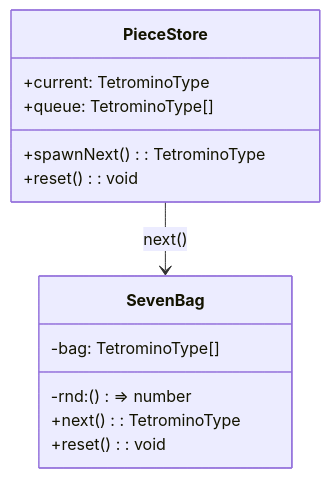
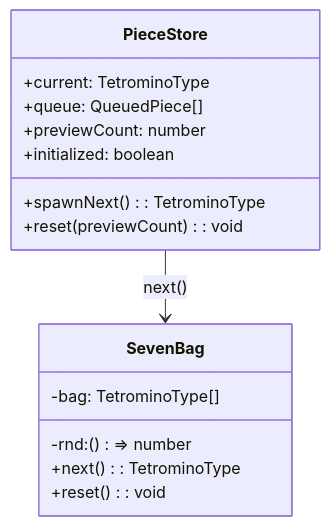
One commit to garchomp-game/tetris-create-test-codex_gpt5 changed the second of 5 diagrams in docs/design.md. Above: the diagram before and after it, drawn with Mermaid. The commit also changed other lines of this file and 3 other files, not shown here.

Commit message:
docs: clarify piece store design

````diff
--- a/docs/design.md
+++ b/docs/design.md
@@ -40,16 +40,18 @@
 ```mermaid
 classDiagram
   class SevenBag {
     -bag: TetrominoType[]
     -rnd: () => number
     +next(): TetrominoType
     +reset(): void
   }
   class PieceStore {
-    +current: TetrominoType
-    +queue: TetrominoType[]
-    +spawnNext(): TetrominoType
-    +reset(): void
-  }
-  PieceStore --> SevenBag : next()
+      +current: TetrominoType
+      +queue: QueuedPiece[]
+      +previewCount: number
+      +initialized: boolean
+      +spawnNext(): TetrominoType
+      +reset(previewCount): void
+    }
+    PieceStore --> SevenBag : next()
 ```
````
